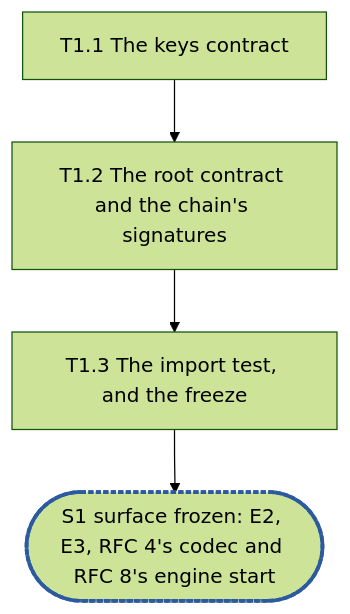
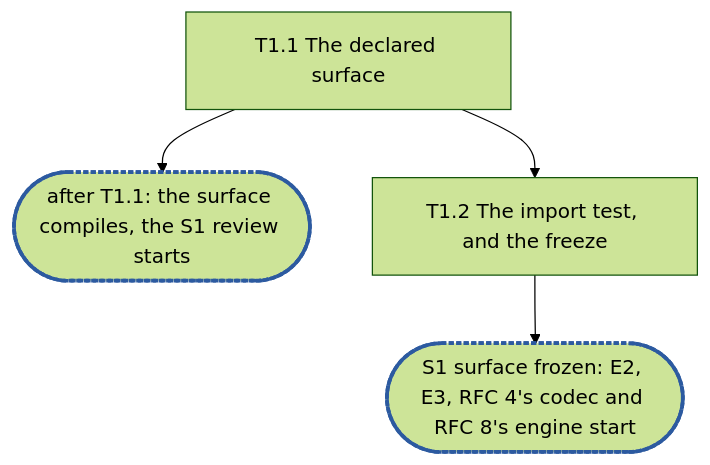
The diagram in .planning/rfc-5-transforms-epic1.md (cubbit/dittofs), drawn with Mermaid (forest theme) before and after one commit. The commit also changed other lines of this file, not shown here.

Commit message:
docs(planning): fold the review and the user's Deps and Version decisions into RFC 5 epic 1

````diff
--- a/.planning/rfc-5-transforms-epic1.md
+++ b/.planning/rfc-5-transforms-epic1.md
@@ -480,7 +505,7 @@
 ```mermaid
 flowchart TD
-  T1_1["T1.1 The keys contract"] --> T1_2["T1.2 The root contract and the chain's signatures"]
-  T1_2 --> T1_3["T1.3 The import test, and the freeze"]
-  T1_3 --> S1(["S1 surface frozen: E2, E3, RFC 4's codec and RFC 8's engine start"]):::sync
+  T1_1["T1.1 The declared surface"] --> C1(["after T1.1: the surface compiles, the S1 review starts"]):::sync
+  T1_1 --> T1_2["T1.2 The import test, and the freeze"]
+  T1_2 --> S1(["S1 surface frozen: E2, E3, RFC 4's codec and RFC 8's engine start"]):::sync
   classDef sync stroke:#2c5aa0,stroke-width:3px,stroke-dasharray:4 2
 ```
````
